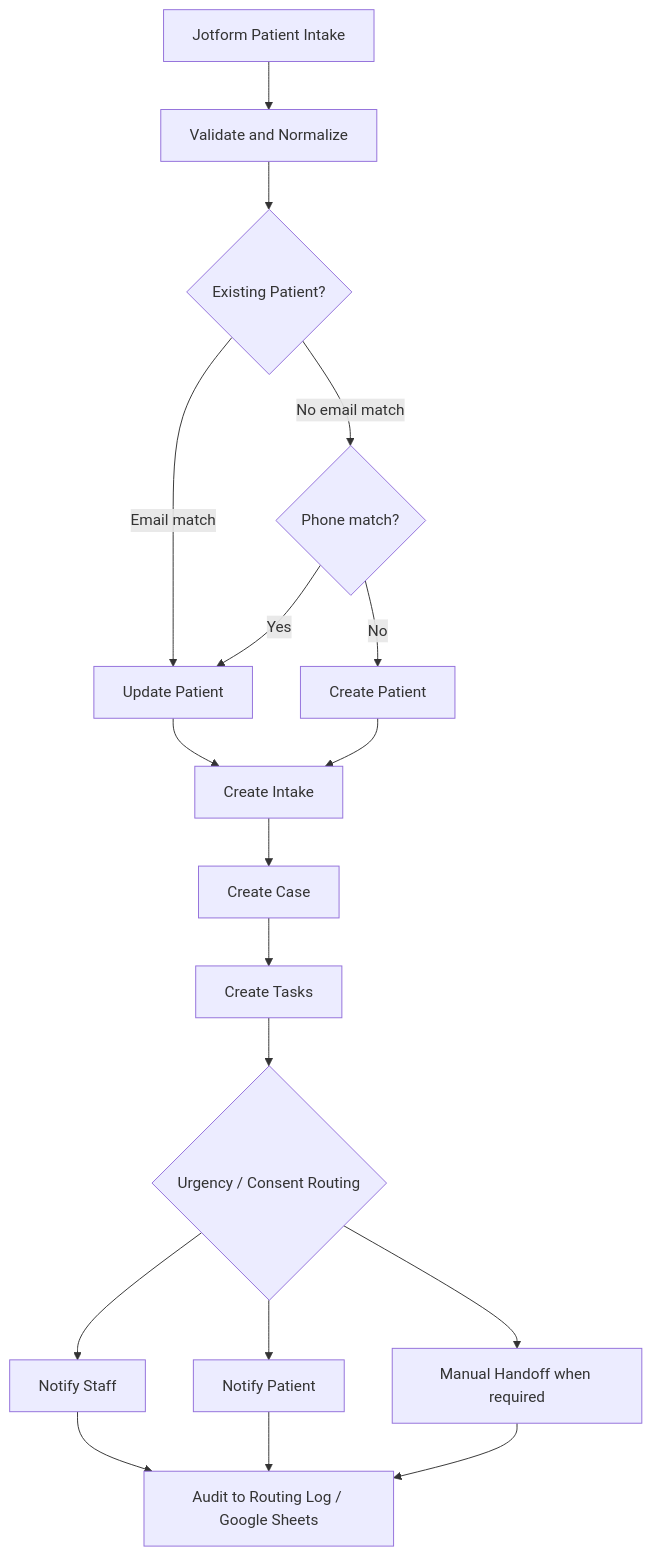
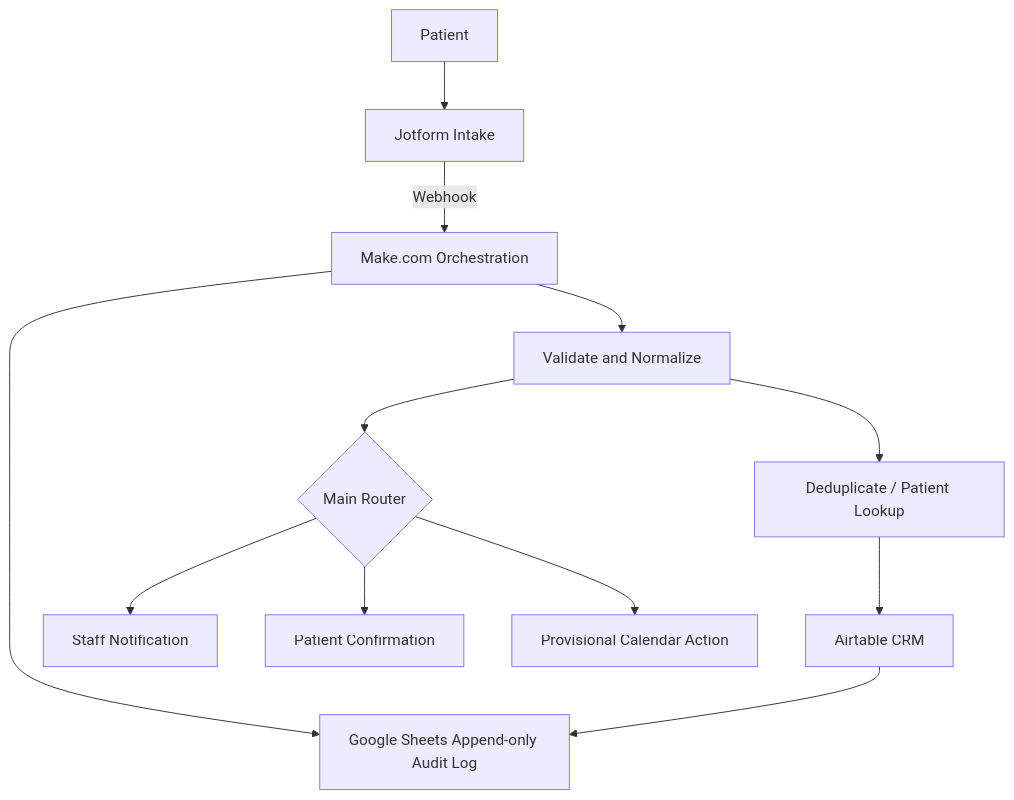
One commit to Dudubynatur3/ai-automation-portfolio changed the diagram in 02-medflow-intake-os/README.md. Above: the diagram before and after it, drawn with Mermaid. The commit also changed other lines of this file, not shown here.

Commit message:
Align MedFlow case study with recovered project package

````diff
--- a/02-medflow-intake-os/README.md
+++ b/02-medflow-intake-os/README.md
@@ -15,20 +19,14 @@
 ```mermaid
 flowchart TD
-    A[Jotform Patient Intake] --> B[Validate and Normalize]
-    B --> C{Existing Patient?}
-    C -->|Email match| D[Update Patient]
-    C -->|No email match| E{Phone match?}
-    E -->|Yes| D
-    E -->|No| F[Create Patient]
-    D --> G[Create Intake]
-    F --> G
-    G --> H[Create Case]
-    H --> I[Create Tasks]
-    I --> J{Urgency / Consent Routing}
-    J --> K[Notify Staff]
-    J --> L[Notify Patient]
-    J --> M[Manual Handoff when required]
-    K --> N[Audit to Routing Log / Google Sheets]
-    L --> N
-    M --> N
+    A[Patient] --> B[Jotform Intake]
+    B -->|Webhook| C[Make.com Orchestration]
+    C --> D[Validate and Normalize]
+    D --> E[Deduplicate / Patient Lookup]
+    E --> F[Airtable CRM]
+    D --> G{Main Router}
+    G --> H[Staff Notification]
+    G --> I[Patient Confirmation]
+    G --> J[Provisional Calendar Action]
+    C --> K[Google Sheets Append-only Audit Log]
+    F --> K
 ```
````
